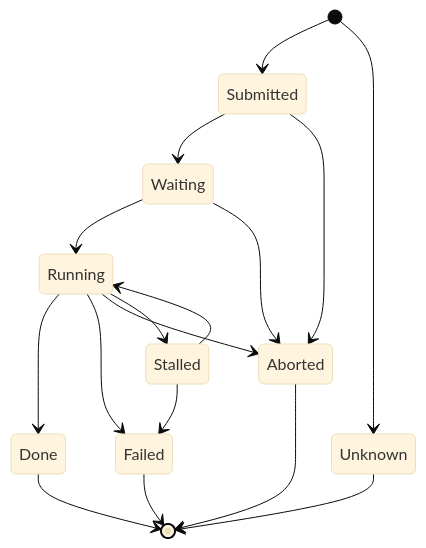
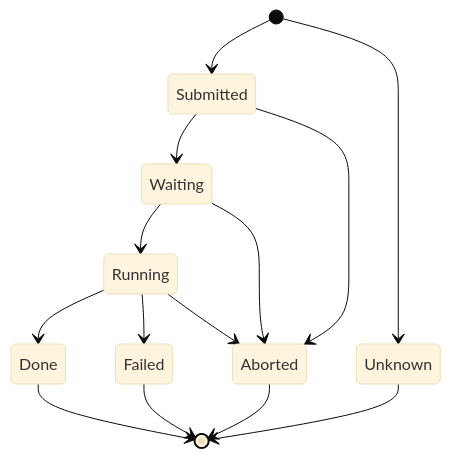
One commit to DIRACGrid/diracx changed the diagram in docs/dev/explanations/pilots.md. Above: the diagram before and after it, drawn with Mermaid (base theme). The commit also changed other lines of this file and 21 other files, not shown here.

````diff
--- a/docs/dev/explanations/pilots.md
+++ b/docs/dev/explanations/pilots.md
@@ -21,19 +21,16 @@
 ```mermaid
 stateDiagram-v2
     [*] --> Submitted
     Submitted --> Waiting
     Waiting --> Running
     Running --> Done
     Running --> Failed
     Submitted --> Aborted
     Waiting --> Aborted
     Running --> Aborted
-    Running --> Stalled
-    Stalled --> Running
-    Stalled --> Failed
     Done --> [*]
     Failed --> [*]
     Aborted --> [*]
     [*] --> Unknown
     Unknown --> [*]
 ```
````
